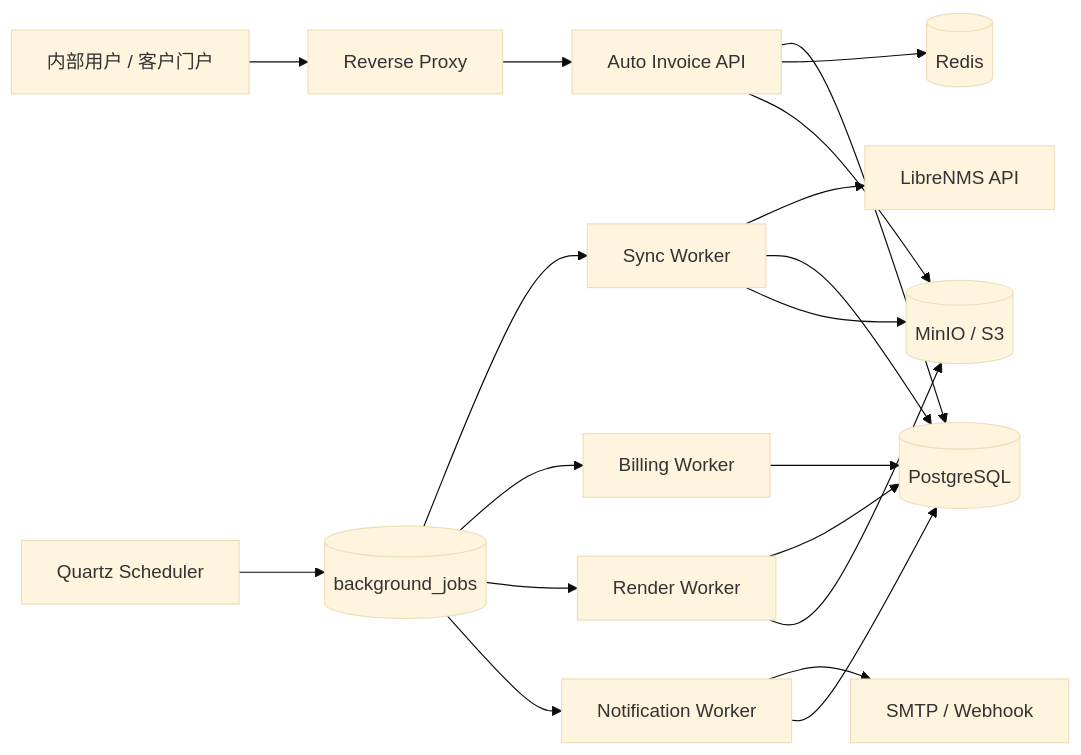
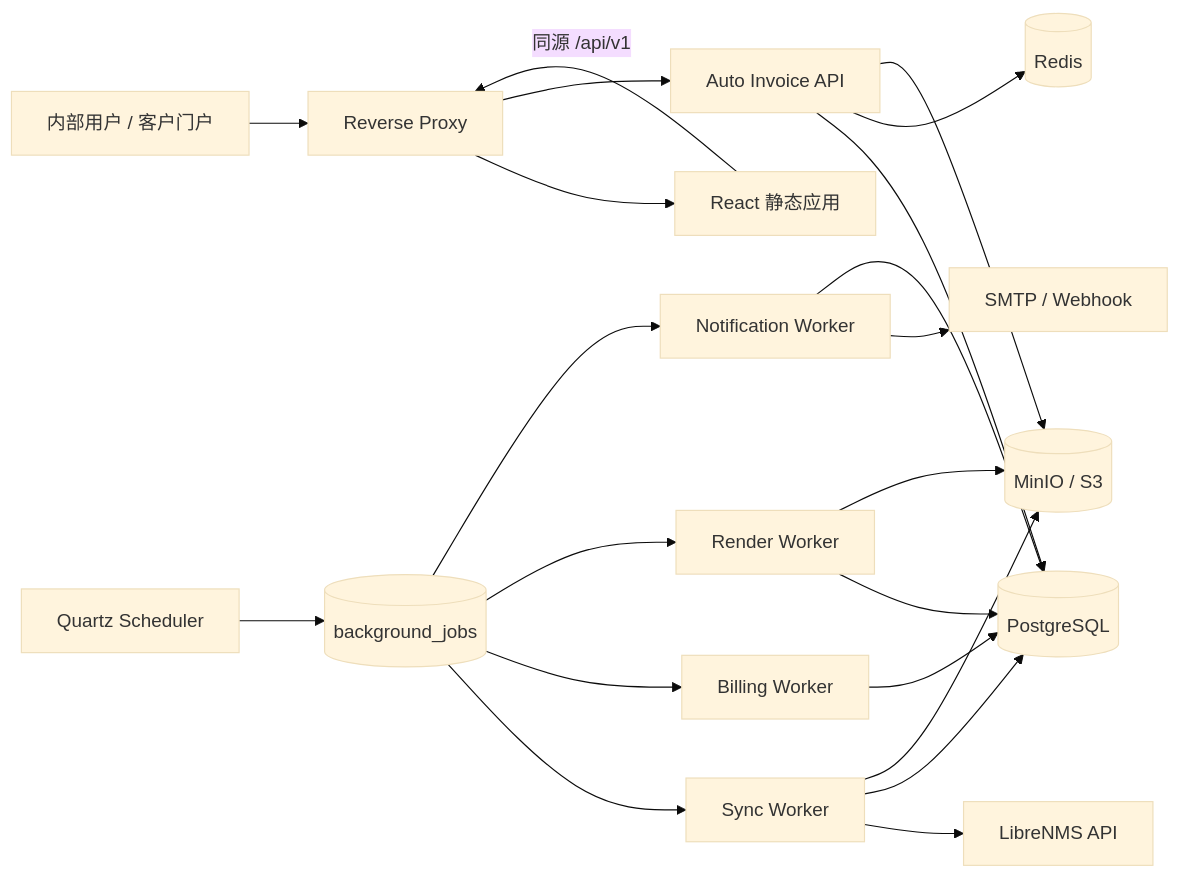
One commit to MOSSDATA-NETWORK/lnms-auto-invoice changed the diagram in docs/02-architecture.md. Above: the diagram before and after it, drawn with Mermaid (base theme). The commit also changed other lines of this file and 597 other files, not shown here.

````diff
--- a/docs/02-architecture.md
+++ b/docs/02-architecture.md
@@ -11,23 +11,25 @@
 ```mermaid
 flowchart LR
     User[内部用户 / 客户门户] --> Proxy[Reverse Proxy]
+    Proxy --> Web[React 静态应用]
+    Web -->|同源 /api/v1| Proxy
     Proxy --> API[Auto Invoice API]
     API --> PG[(PostgreSQL)]
     API --> Redis[(Redis)]
     API --> Store[(MinIO / S3)]
 
     Scheduler[Quartz Scheduler] --> Jobs[(background_jobs)]
     Jobs --> Sync[Sync Worker]
     Jobs --> Billing[Billing Worker]
     Jobs --> Render[Render Worker]
     Jobs --> Notify[Notification Worker]
 
     Sync --> LibreNMS[LibreNMS API]
     Sync --> PG
     Sync --> Store
     Billing --> PG
     Render --> PG
     Render --> Store
     Notify --> SMTP[SMTP / Webhook]
     Notify --> PG
 ```
````
